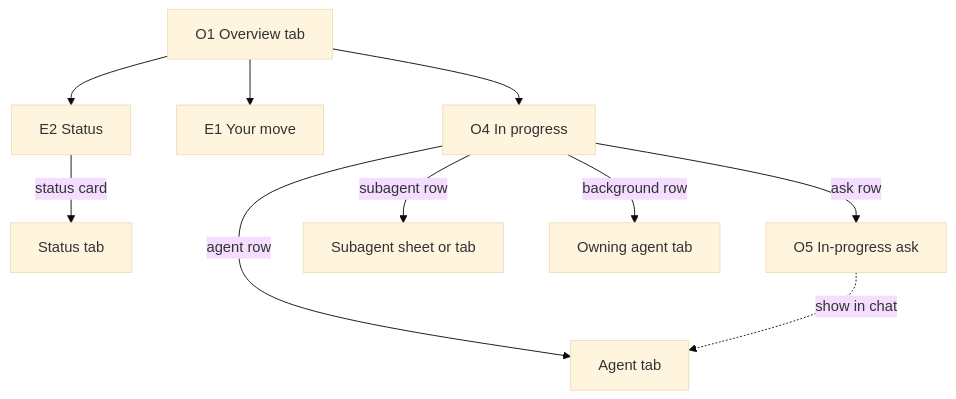
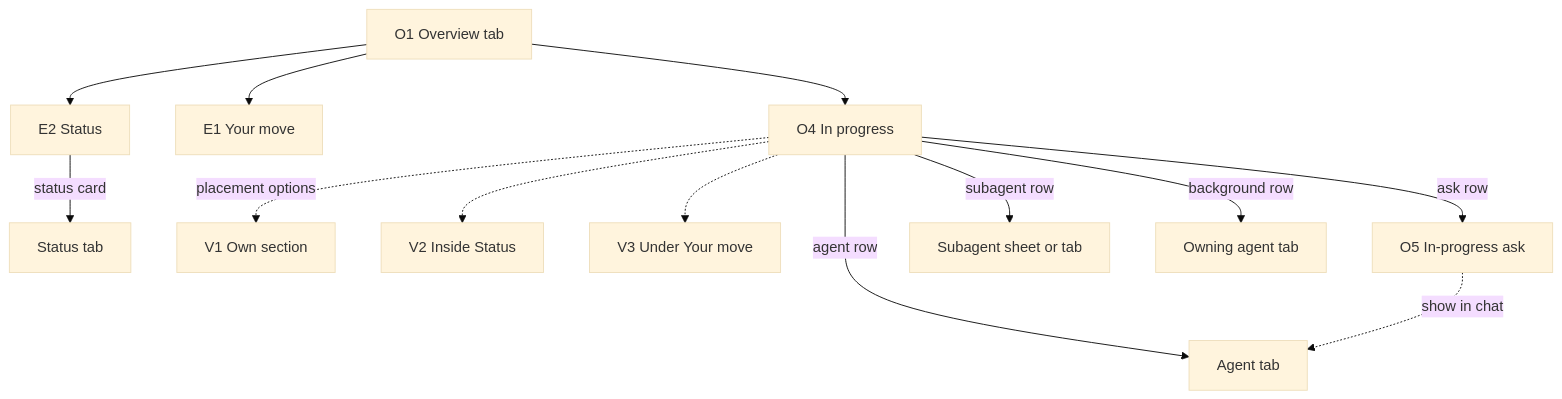
One commit to fullstackhouse/paseo changed the diagram in tasks/spec-overview-in-progress-ui-map.md. Above: the diagram before and after it, drawn with Mermaid (base theme). The commit also changed other lines of this file and 17 other files, not shown here.

Commit message:
docs(spec): Overview in-progress atlas — three placement options (A4)

````diff
--- a/tasks/spec-overview-in-progress-ui-map.md
+++ b/tasks/spec-overview-in-progress-ui-map.md
@@ -45,12 +45,15 @@
 ```mermaid
 flowchart TD
   O1[O1 Overview tab] --> E2[E2 Status]
   O1 --> E1[E1 Your move]
   O1 --> O4[O4 In progress]
+  O4 -.placement options.-> V1[V1 Own section]
+  O4 -.-> V2[V2 Inside Status]
+  O4 -.-> V3[V3 Under Your move]
   O4 -->|agent row| AG[Agent tab]
   O4 -->|subagent row| SUB[Subagent sheet or tab]
   O4 -->|background row| AGB[Owning agent tab]
   O4 -->|ask row| O5[O5 In-progress ask]
   O5 -.show in chat.-> AG
   E2 -->|status card| ST[Status tab]
 ```
````
